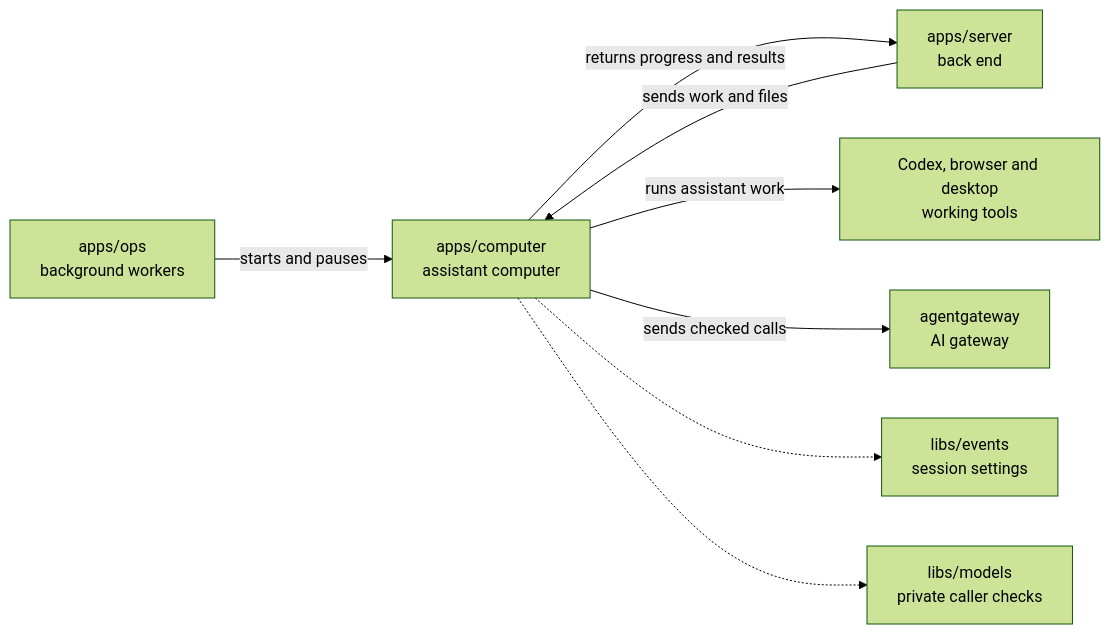
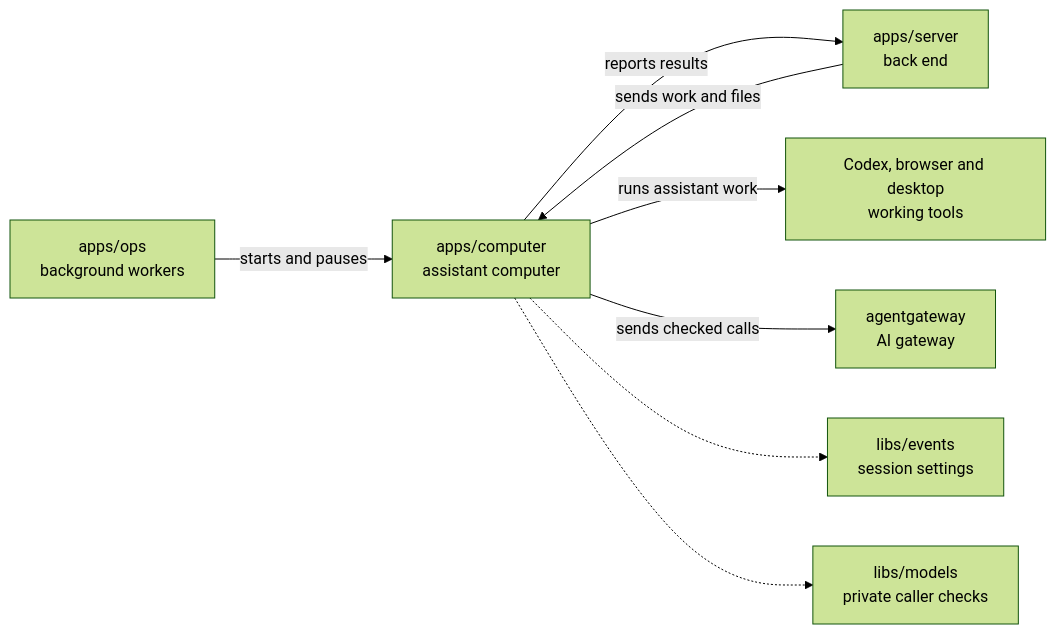
Before and after one commit to elewa-git/opencrane-new: the diagram in apps/computer/README.md, drawn with Mermaid (forest theme).

Commit message:
📖 Keep the computer diagram label readable in the rich diff

````diff
--- a/apps/computer/README.md
+++ b/apps/computer/README.md
@@ -18,10 +18,10 @@
 ```mermaid
 flowchart LR
   ops["apps/ops<br/>background workers"] -->|starts and pauses| computer["apps/computer<br/>assistant computer"]
   server["apps/server<br/>back end"] -->|sends work and files| computer
-  computer -->|returns progress and results| server
+  computer -->|reports results| server
   computer -->|runs assistant work| desktop["Codex, browser and desktop<br/>working tools"]
   computer -->|sends checked calls| gateway["agentgateway<br/>AI gateway"]
   computer -.-> events["libs/events<br/>session settings"]
   computer -.-> models["libs/models<br/>private caller checks"]
 ```
````
